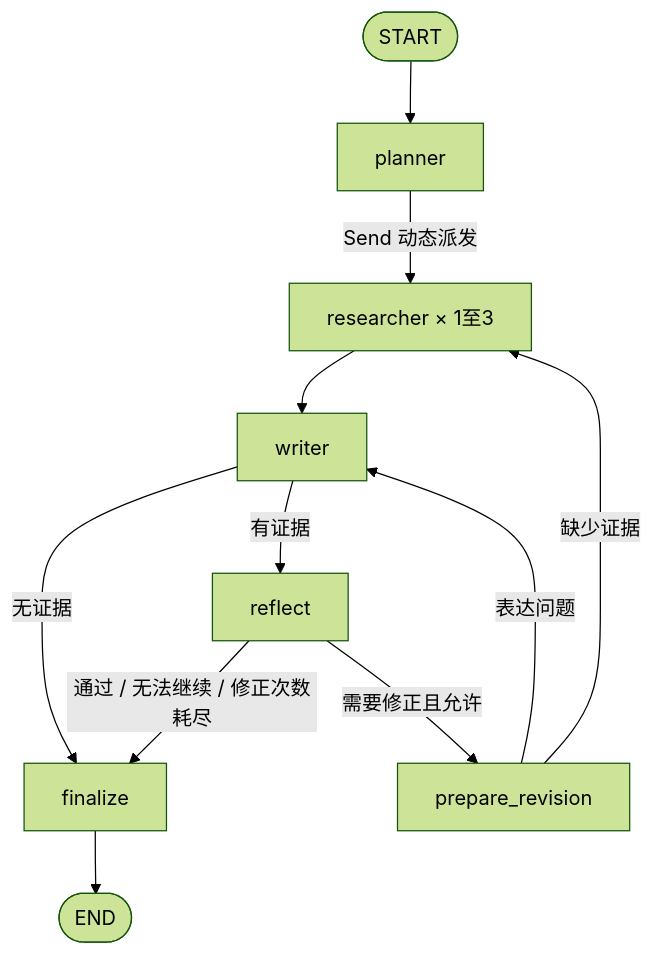
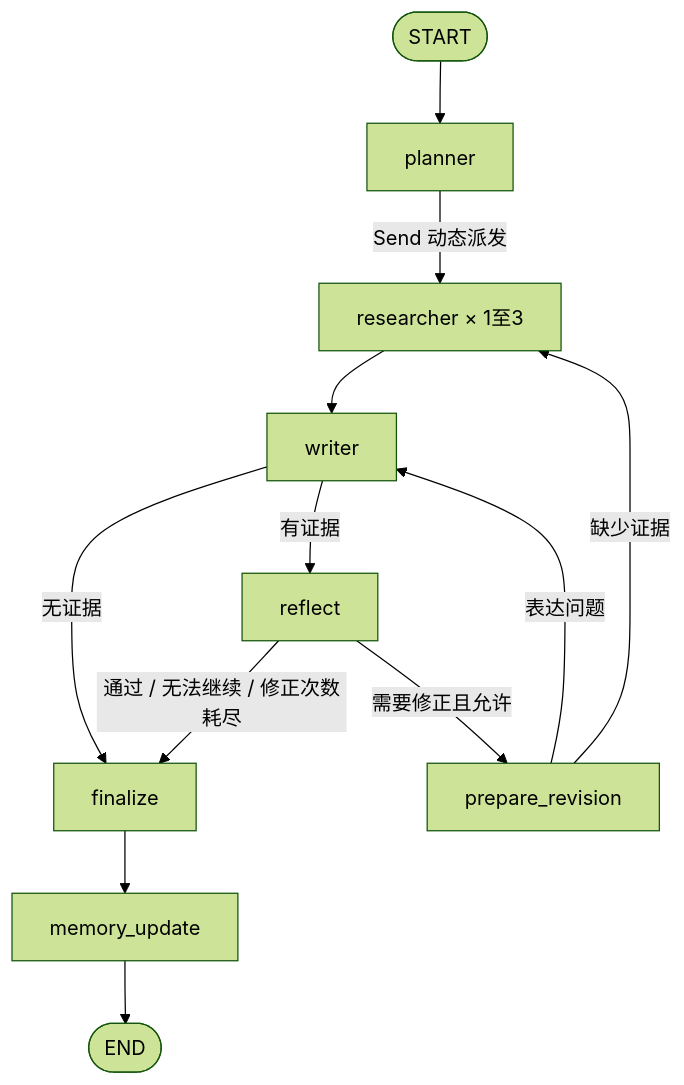
One commit to wuyumaomao/scholar-rag changed the diagram in learning-implementation/agent编排学习文档.md. Above: the diagram before and after it, drawn with Mermaid (forest theme). The commit also changed other lines of this file and 6 other files, not shown here.

````diff
--- a/learning-implementation/agent编排学习文档.md
+++ b/learning-implementation/agent编排学习文档.md
@@ -24,13 +24,14 @@
 ```mermaid
 flowchart TD
     S([START]) --> P[planner]
     P -->|Send 动态派发| R[researcher × 1至3]
     R --> W[writer]
     W -->|有证据| F[reflect]
     W -->|无证据| Z[finalize]
     F -->|通过 / 无法继续 / 修正次数耗尽| Z
     F -->|需要修正且允许| V[prepare_revision]
     V -->|表达问题| W
     V -->|缺少证据| R
-    Z --> E([END])
+    Z --> M[memory_update]
+    M --> E([END])
 ```
````
